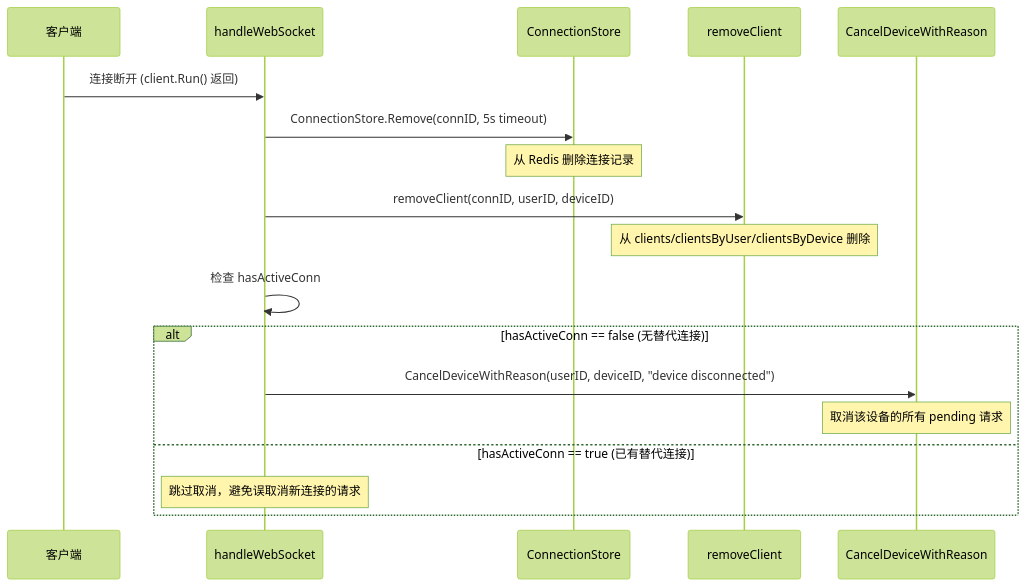
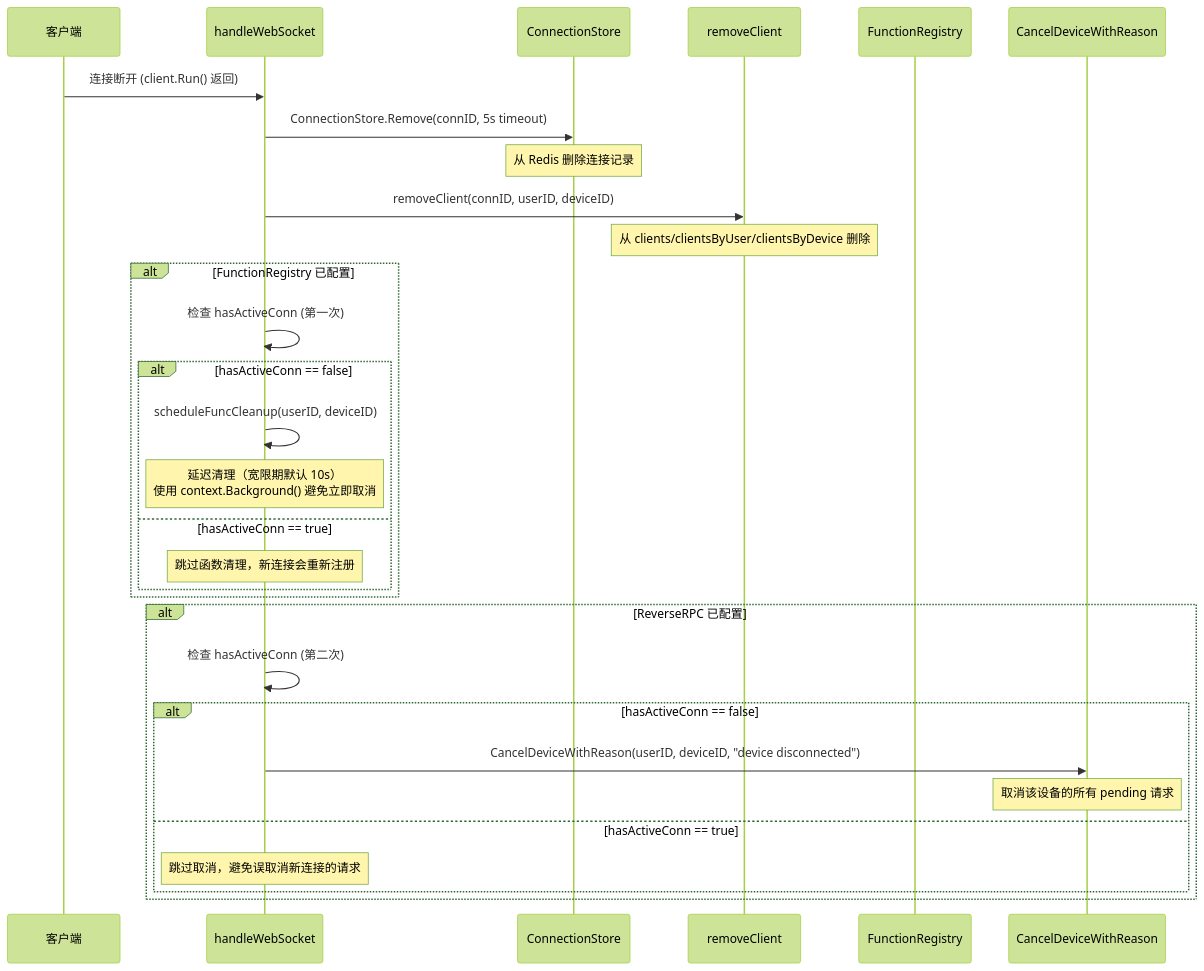
Diagram 11 of 12 in wiki/flows/reverse-rpc.md (PineappleBond/xyncra-server), drawn with Mermaid (forest theme) before and after one commit. The commit also changed other lines of this file and 21 other files, not shown here.

Commit message:
docs(wiki): add edge cases and fix inaccuracies across all flow documents

````diff
--- a/wiki/flows/reverse-rpc.md
+++ b/wiki/flows/reverse-rpc.md
@@ -784,22 +788,35 @@
 ```mermaid
 sequenceDiagram
     participant Client as 客户端
     participant Handler as handleWebSocket
     participant CS as ConnectionStore
     participant RC as removeClient
+    participant FR as FunctionRegistry
     participant CD as CancelDeviceWithReason
 
     Client->>Handler: 连接断开 (client.Run() 返回)
     Handler->>CS: ConnectionStore.Remove(connID, 5s timeout)
     Note over CS: 从 Redis 删除连接记录
     Handler->>RC: removeClient(connID, userID, deviceID)
     Note over RC: 从 clients/clientsByUser/clientsByDevice 删除
 
-    Handler->>Handler: 检查 hasActiveConn
-    alt hasActiveConn == false (无替代连接)
-        Handler->>CD: CancelDeviceWithReason(userID, deviceID, "device disconnected")
-        Note over CD: 取消该设备的所有 pending 请求
-    else hasActiveConn == true (已有替代连接)
-        Note over Handler: 跳过取消，避免误取消新连接的请求
+    alt FunctionRegistry 已配置
+        Handler->>Handler: 检查 hasActiveConn (第一次)
+        alt hasActiveConn == false
+            Handler->>Handler: scheduleFuncCleanup(userID, deviceID)
+            Note over Handler: 延迟清理（宽限期默认 10s）<br/>使用 context.Background() 避免立即取消
+        else hasActiveConn == true
+            Note over Handler: 跳过函数清理，新连接会重新注册
+        end
+    end
+
+    alt ReverseRPC 已配置
+        Handler->>Handler: 检查 hasActiveConn (第二次)
+        alt hasActiveConn == false
+            Handler->>CD: CancelDeviceWithReason(userID, deviceID, "device disconnected")
+            Note over CD: 取消该设备的所有 pending 请求
+        else hasActiveConn == true
+            Note over Handler: 跳过取消，避免误取消新连接的请求
+        end
     end
 ```
````
